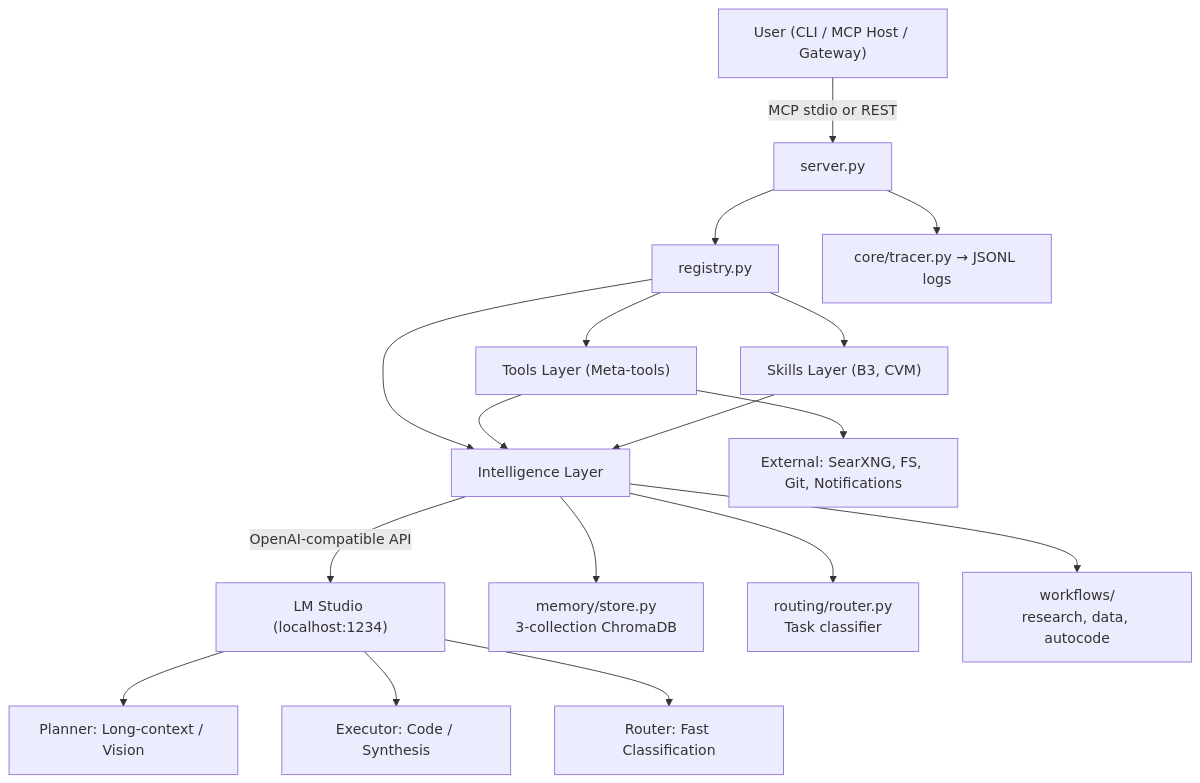
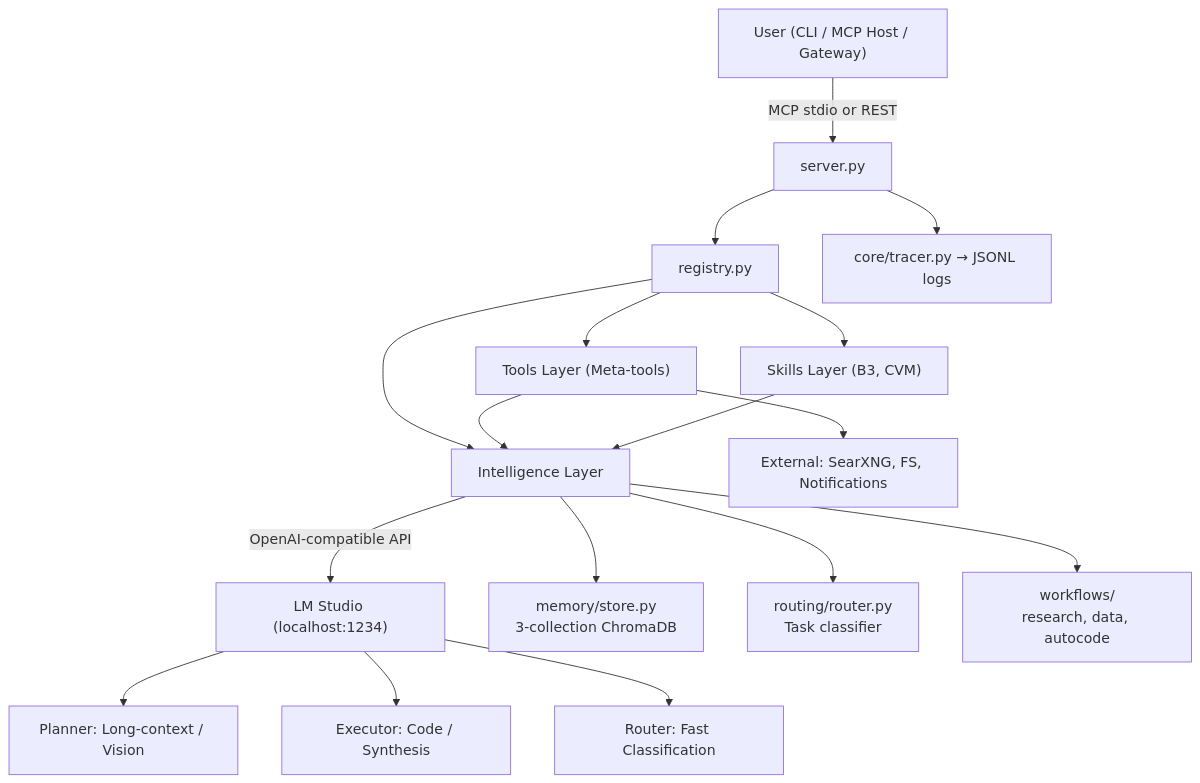
The diagram in README.md (brunogcar/agent), drawn with Mermaid before and after one commit. The commit also changed other lines of this file and 5 other files, not shown here.

````diff
--- a/README.md
+++ b/README.md
@@ -26,22 +26,22 @@
 ```mermaid
 graph TD
     A["User (CLI / MCP Host / Gateway)"] -->|"MCP stdio or REST"| B["server.py"]
     B --> C["registry.py"]
     C --> D["Tools Layer (Meta-tools)"]
     C --> E["Skills Layer (B3, CVM)"]
     C --> F["Intelligence Layer"]
     
     D & E --> F
     F -->|"OpenAI-compatible API"| G["LM Studio (localhost:1234)"]
     
     G --> H["Planner: Long-context / Vision"]
     G --> I["Executor: Code / Synthesis"]
     G --> J["Router: Fast Classification"]
     
     F --> K["memory/store.py<br/>3-collection ChromaDB"]
     F --> L["routing/router.py<br/>Task classifier"]
     F --> M["workflows/<br/>research, data, autocode"]
     
-    D --> N["External: SearXNG, FS, Git, Notifications"]
+    D --> N["External: SearXNG, FS, Notifications"]
     B --> O["core/tracer.py → JSONL logs"]
 ```
````
